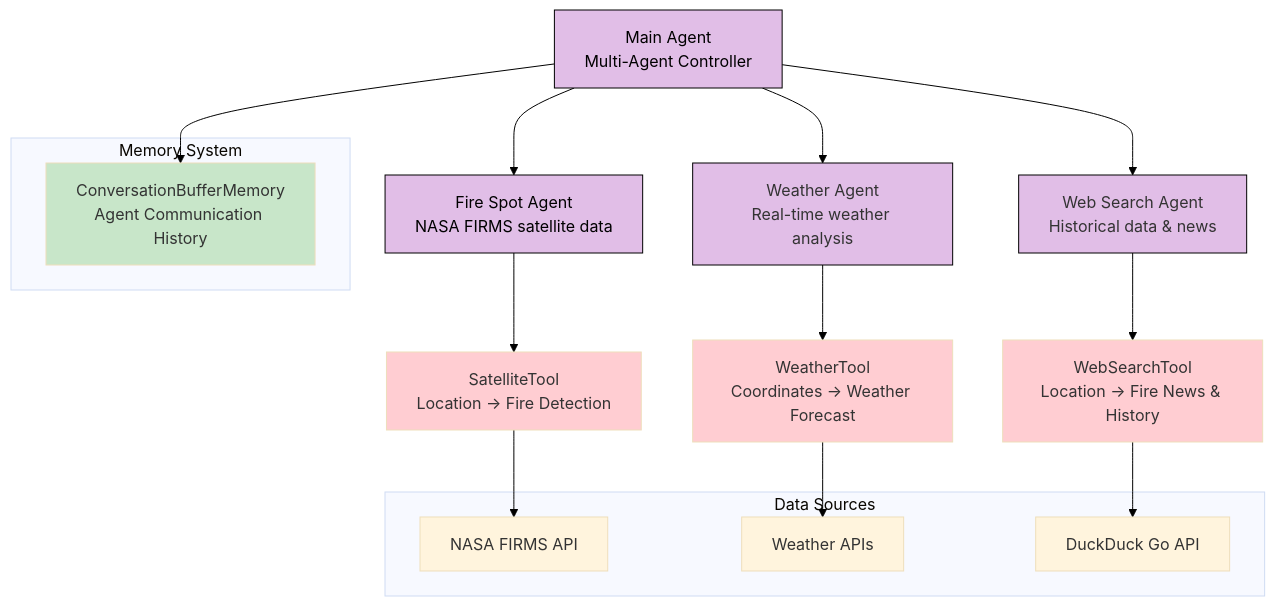
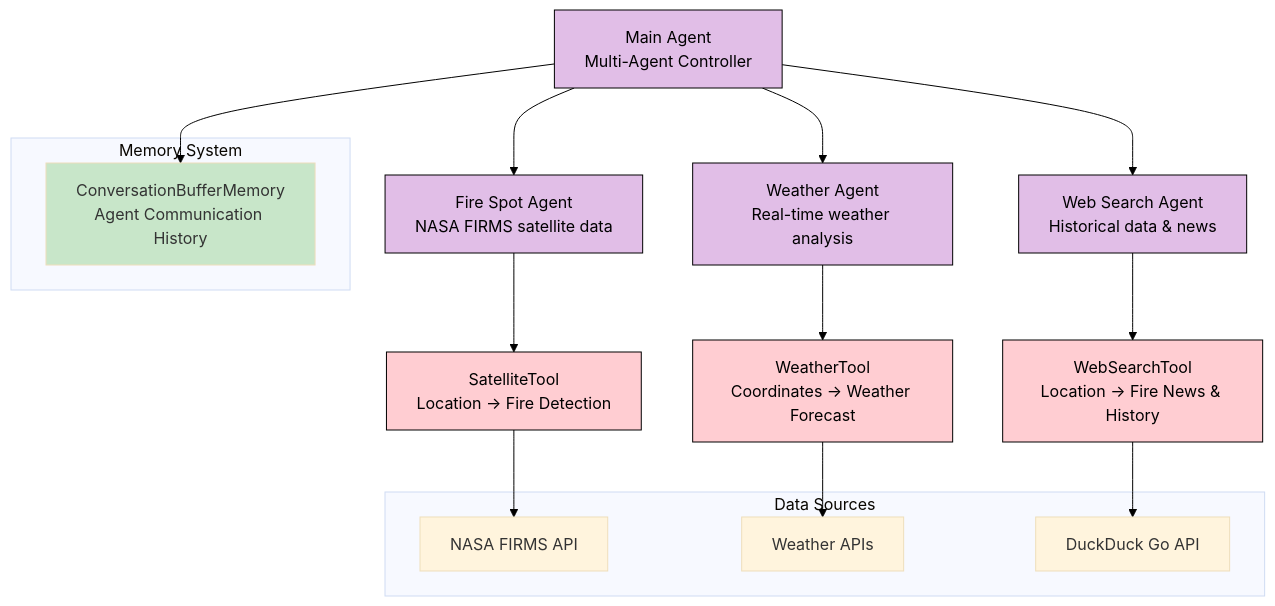
The diagram in README.md (sjsreehari/PyroScan-AI), drawn with Mermaid before and after one commit.

````diff
--- a/README.md
+++ b/README.md
@@ -37,47 +37,48 @@
 ```mermaid
 ---
 config:
   theme: base
-  look: classic
+  layout: fixed
   themeVariables:
-    background: '#ffffff'
-  layout: fixed
+    background: '#ffffff'      # White background block
+    lineColor: '#000000'       # Black arrows/edges
+    textColor: '#000000'       # Black text
 ---
 flowchart TD
  subgraph subGraph0["Memory System"]
         A2["ConversationBufferMemory<br>Agent Communication History"]
   end
  subgraph subGraph1["Data Sources"]
         E["NASA FIRMS API"]
         F["Weather APIs"]
         G["DuckDuck Go API"]
   end
     A["Main Agent<br>Multi-Agent Controller"] --> B["Weather Agent<br>Real-time weather analysis"] & C["Web Search Agent<br>Historical data &amp; news"] & D["Fire Spot Agent<br>NASA FIRMS satellite data"] & A2
     B --> B1["WeatherTool<br>Coordinates → Weather Forecast"]
     C --> C1["WebSearchTool<br>Location → Fire News &amp; History"]
     D --> D1["SatelliteTool<br>Location → Fire Detection"]
     B1 --> F
     C1 --> G
     D1 --> E
      A:::Sky
      A:::Rose
      A:::Pine
      A:::Peach
      B:::Class_02
      C:::Class_02
      D:::Rose
      D:::Class_02
     classDef Sky stroke-width:1px, stroke-dasharray:none, stroke:#374D7C, fill:#E2EBFF, color:#374D7C
     classDef Rose stroke-width:1px, stroke-dasharray:none, stroke:#FF5978, fill:#FFDFE5, color:#8E2236
     classDef Pine stroke-width:1px, stroke-dasharray:none, stroke:#254336, fill:#27654A, color:#FFFFFF
     classDef Peach stroke-width:1px, stroke-dasharray:none, stroke:#FBB35A, fill:#FFEFDB, color:#8F632D
-    classDef Class_02 fill:#E1BEE7, stroke:#000000
+    classDef Class_02 fill:#E1BEE7, stroke:#000000, color:#000000
     style A2 fill:#C8E6C9
     style A fill:#E1BEE7,stroke-width:1px,stroke-dasharray: 0,stroke:#000000,color:#000000
     style D fill:#E1BEE7,stroke:#000000,color:#000000
-    style B1 fill:#FFCDD2
-    style C1 fill:#FFCDD2
-    style D1 fill:#FFCDD2
+    style B1 fill:#FFCDD2,stroke:#000000,color:#000000
+    style C1 fill:#FFCDD2,stroke:#000000,color:#000000
+    style D1 fill:#FFCDD2,stroke:#000000,color:#000000
 
 
 ```
````
